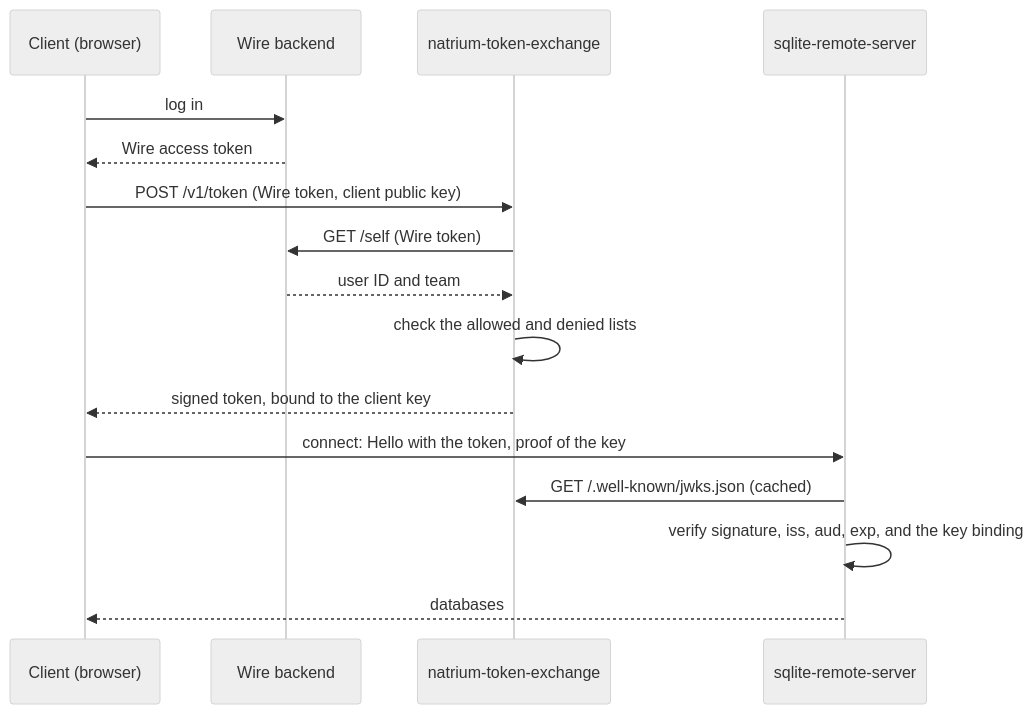
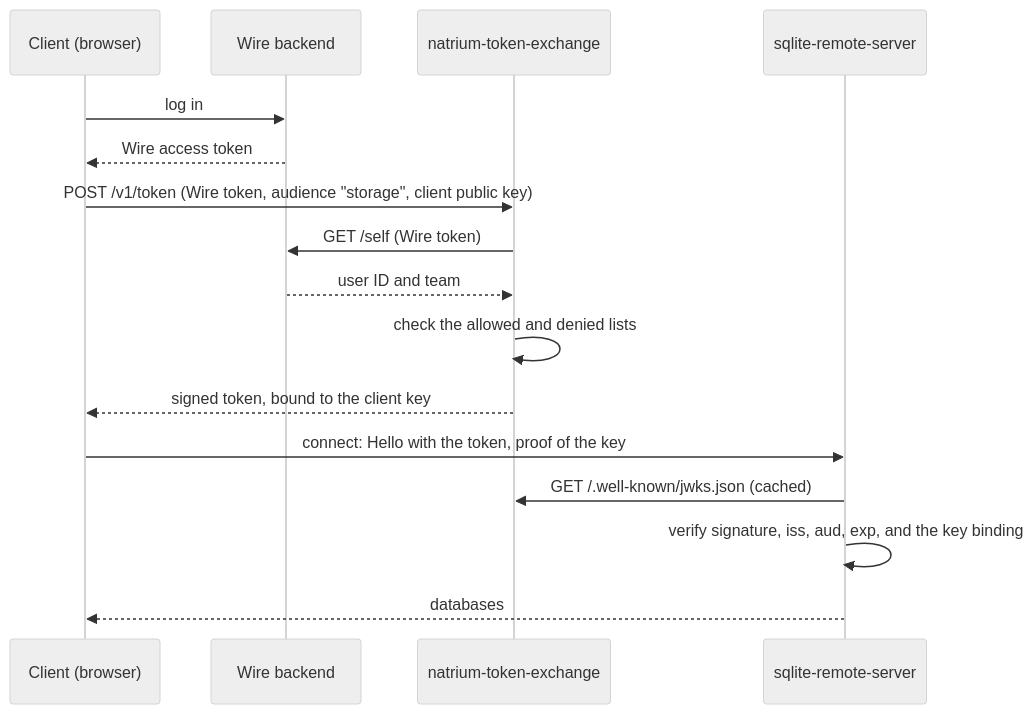
Before and after one commit to SchwarzDigits/natrium-token-exchange: the diagram in README.md, drawn with Mermaid (neutral theme). The commit also changed other lines of this file and 15 other files, not shown here.

````diff
--- a/README.md
+++ b/README.md
@@ -32,18 +36,18 @@
 ```mermaid
 sequenceDiagram
     participant C as Client (browser)
     participant W as Wire backend
     participant T as natrium-token-exchange
     participant S as sqlite-remote-server
     C->>W: log in
     W-->>C: Wire access token
-    C->>T: POST /v1/token (Wire token, client public key)
+    C->>T: POST /v1/token (Wire token, audience "storage", client public key)
     T->>W: GET /self (Wire token)
     W-->>T: user ID and team
     T->>T: check the allowed and denied lists
     T-->>C: signed token, bound to the client key
     C->>S: connect: Hello with the token, proof of the key
     S->>T: GET /.well-known/jwks.json (cached)
     S->>S: verify signature, iss, aud, exp, and the key binding
     S-->>C: databases
 ```
````
